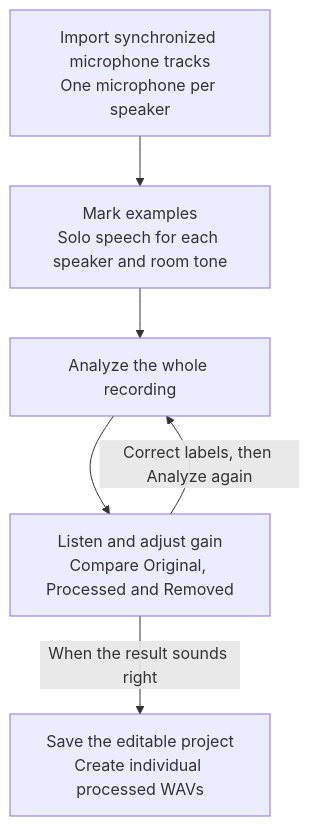
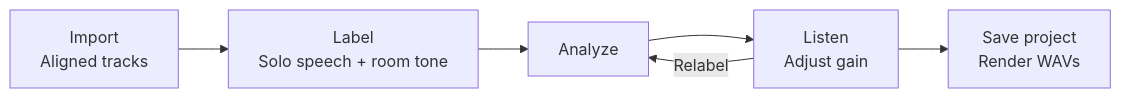
One commit to Today20092/podcast-bleed-reducer changed the diagram in README.md. Above: the diagram before and after it, drawn with Mermaid. The commit also changed 1 other file, not shown here.

Commit message:
docs: compact README workflow diagram

````diff
--- a/README.md
+++ b/README.md
@@ -20,11 +20,10 @@
 ```mermaid
-flowchart TD
-    tracks["Import synchronized microphone tracks<br/>One microphone per speaker"]
-    examples["Mark examples<br/>Solo speech for each speaker and room tone"]
-    analyze["Analyze the whole recording"]
-    listen["Listen and adjust gain<br/>Compare Original, Processed and Removed"]
-    save["Save the editable project<br/>Create individual processed WAVs"]
-    tracks --> examples --> analyze --> listen
-    listen -->|"Correct labels, then Analyze again"| analyze
-    listen -->|"When the result sounds right"| save
+flowchart LR
+    tracks["Import<br/>Aligned tracks"]
+    examples["Label<br/>Solo speech + room tone"]
+    analyze["Analyze"]
+    listen["Listen<br/>Adjust gain"]
+    save["Save project<br/>Render WAVs"]
+    tracks --> examples --> analyze --> listen --> save
+    listen -->|"Relabel"| analyze
 ```
````
